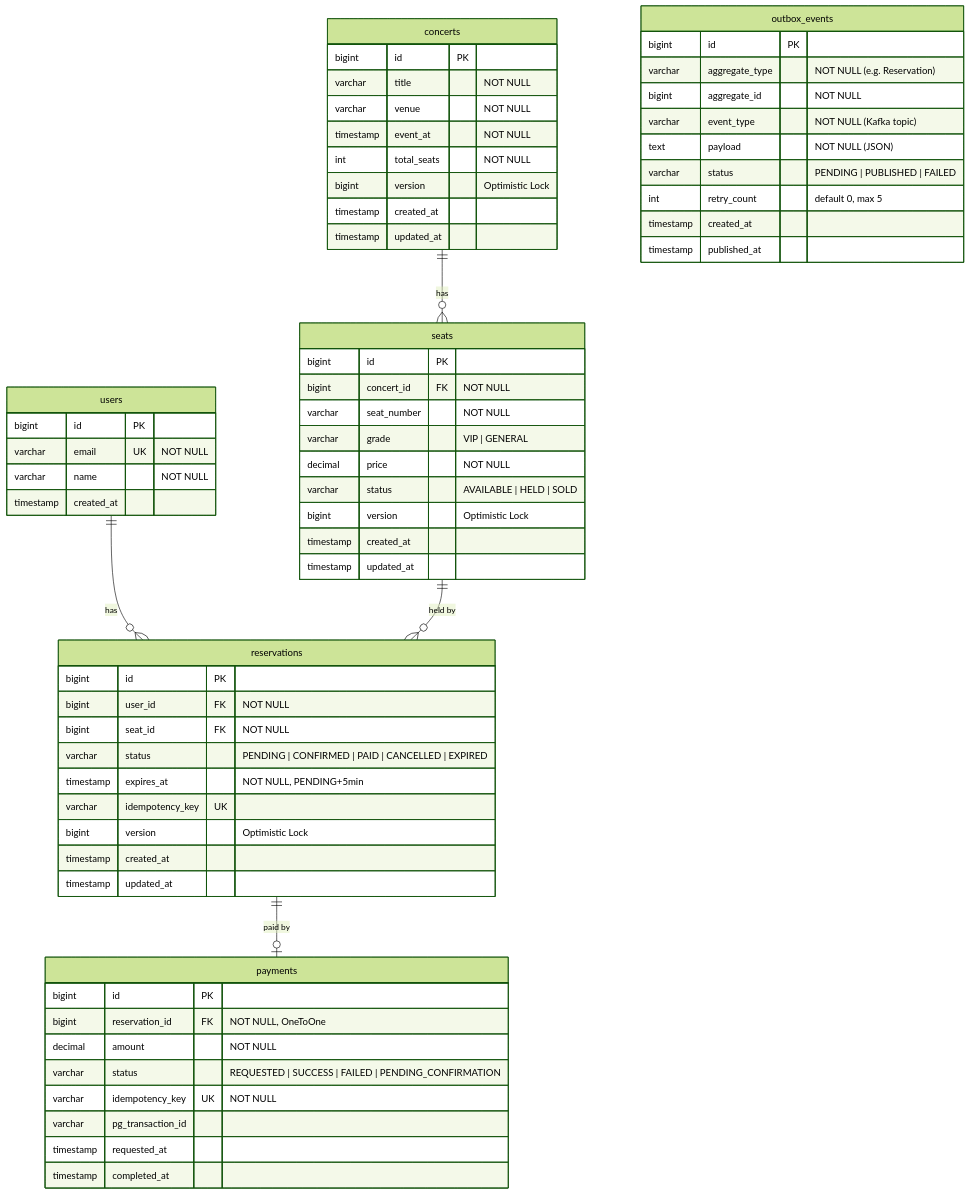
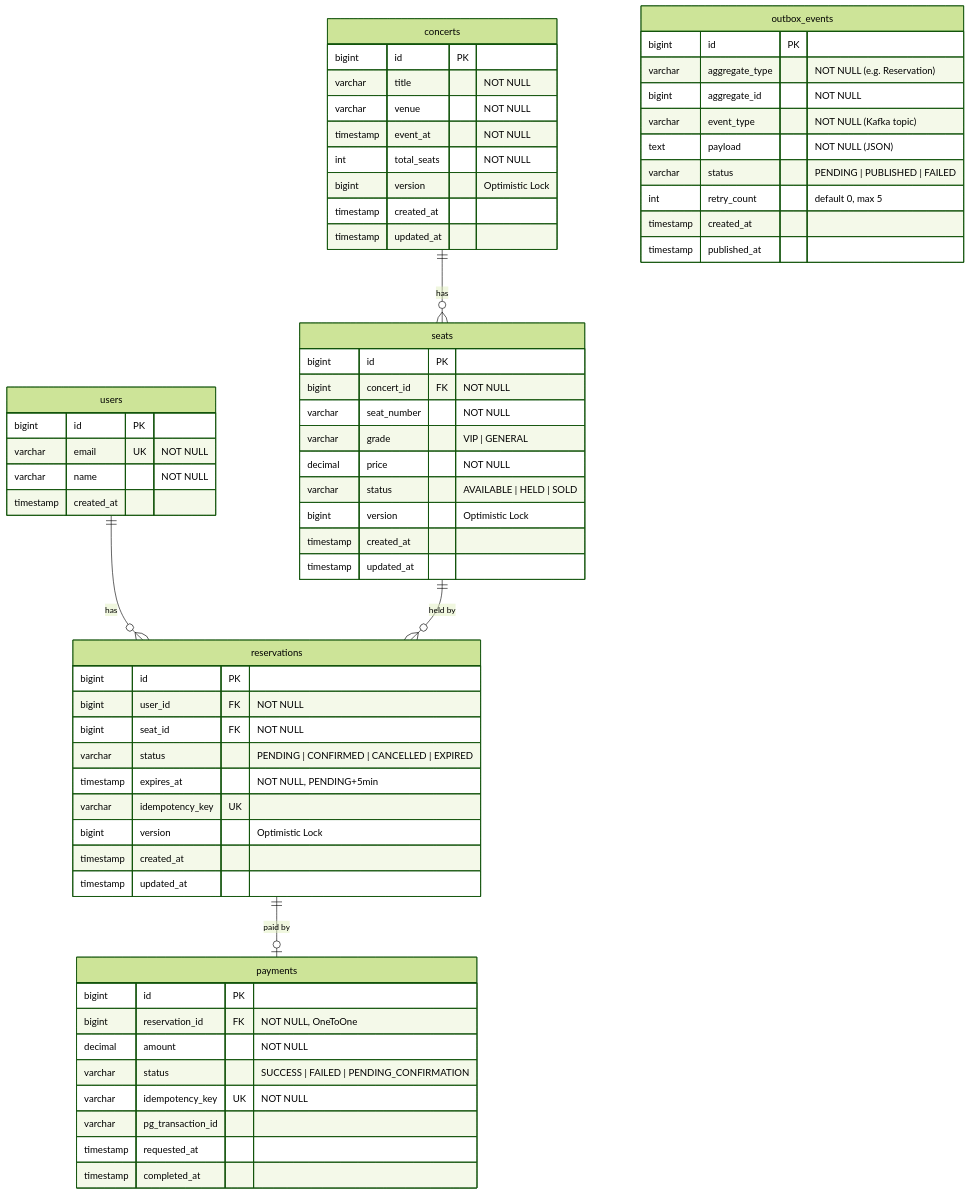
One commit to dragonsoup1/concert-ticketing changed the diagram in docs/erd.md. Above: the diagram before and after it, drawn with Mermaid (forest theme). The commit also changed 4 other files, not shown here.

Commit message:
Update docs: API spec, architecture, ERD, requirements, sequence diagrams

````diff
--- a/docs/erd.md
+++ b/docs/erd.md
@@ -3,72 +3,72 @@
 ```mermaid
 erDiagram
     users {
         bigint id PK
         varchar email UK "NOT NULL"
         varchar name "NOT NULL"
         timestamp created_at
     }
 
     concerts {
         bigint id PK
         varchar title "NOT NULL"
         varchar venue "NOT NULL"
         timestamp event_at "NOT NULL"
         int total_seats "NOT NULL"
         bigint version "Optimistic Lock"
         timestamp created_at
         timestamp updated_at
     }
 
     seats {
         bigint id PK
         bigint concert_id FK "NOT NULL"
         varchar seat_number "NOT NULL"
         varchar grade "VIP | GENERAL"
         decimal price "NOT NULL"
         varchar status "AVAILABLE | HELD | SOLD"
         bigint version "Optimistic Lock"
         timestamp created_at
         timestamp updated_at
     }
 
     reservations {
         bigint id PK
         bigint user_id FK "NOT NULL"
         bigint seat_id FK "NOT NULL"
-        varchar status "PENDING | CONFIRMED | PAID | CANCELLED | EXPIRED"
+        varchar status "PENDING | CONFIRMED | CANCELLED | EXPIRED"
         timestamp expires_at "NOT NULL, PENDING+5min"
         varchar idempotency_key UK
         bigint version "Optimistic Lock"
         timestamp created_at
         timestamp updated_at
     }
 
     payments {
         bigint id PK
         bigint reservation_id FK "NOT NULL, OneToOne"
         decimal amount "NOT NULL"
-        varchar status "REQUESTED | SUCCESS | FAILED | PENDING_CONFIRMATION"
+        varchar status "SUCCESS | FAILED | PENDING_CONFIRMATION"
         varchar idempotency_key UK "NOT NULL"
         varchar pg_transaction_id
         timestamp requested_at
         timestamp completed_at
     }
 
     outbox_events {
         bigint id PK
         varchar aggregate_type "NOT NULL (e.g. Reservation)"
         bigint aggregate_id "NOT NULL"
         varchar event_type "NOT NULL (Kafka topic)"
         text payload "NOT NULL (JSON)"
         varchar status "PENDING | PUBLISHED | FAILED"
         int retry_count "default 0, max 5"
         timestamp created_at
         timestamp published_at
     }
 
     users ||--o{ reservations : "has"
     concerts ||--o{ seats : "has"
     seats ||--o{ reservations : "held by"
     reservations ||--o| payments : "paid by"
 ```
````
